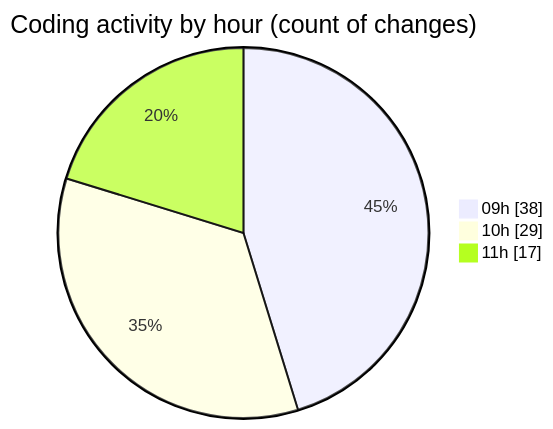
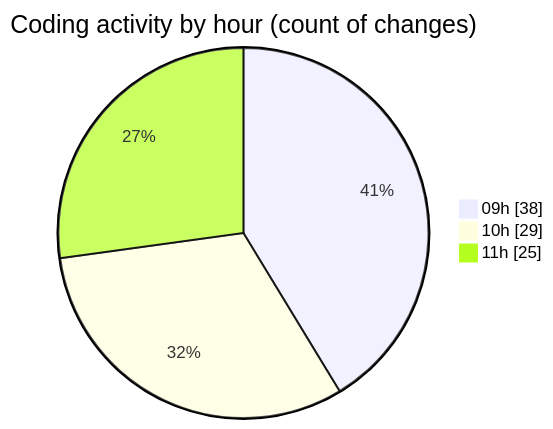
Before and after one commit to momahboobian/code-tracking: the second of 2 diagrams in 2026-07-27/cda/README.md, drawn with Mermaid. The commit also changed other lines of this file and 1 other file, not shown here.

````diff
--- a/2026-07-27/cda/README.md
+++ b/2026-07-27/cda/README.md
@@ -44,7 +44,7 @@
 ```mermaid
 pie showData
 title Coding activity by hour (count of changes)
 "09h" : 38
 "10h" : 29
-"11h" : 17
+"11h" : 25
 ```
````
